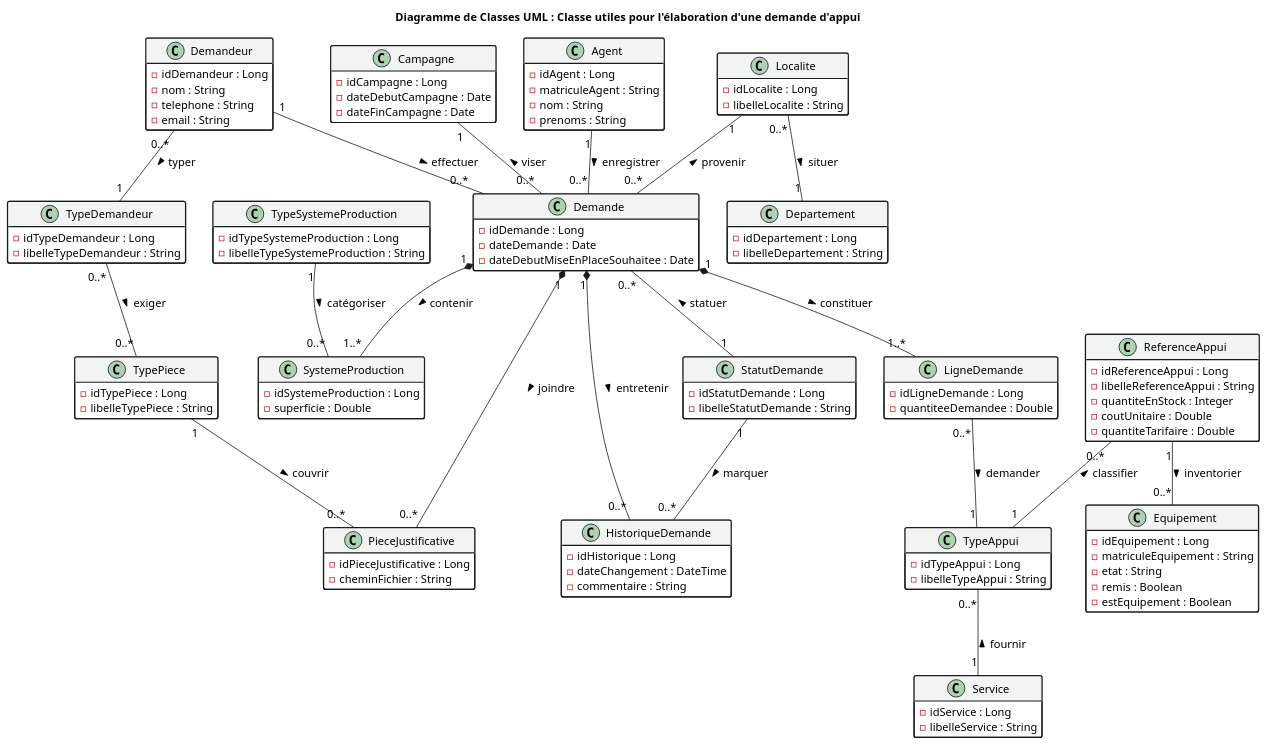
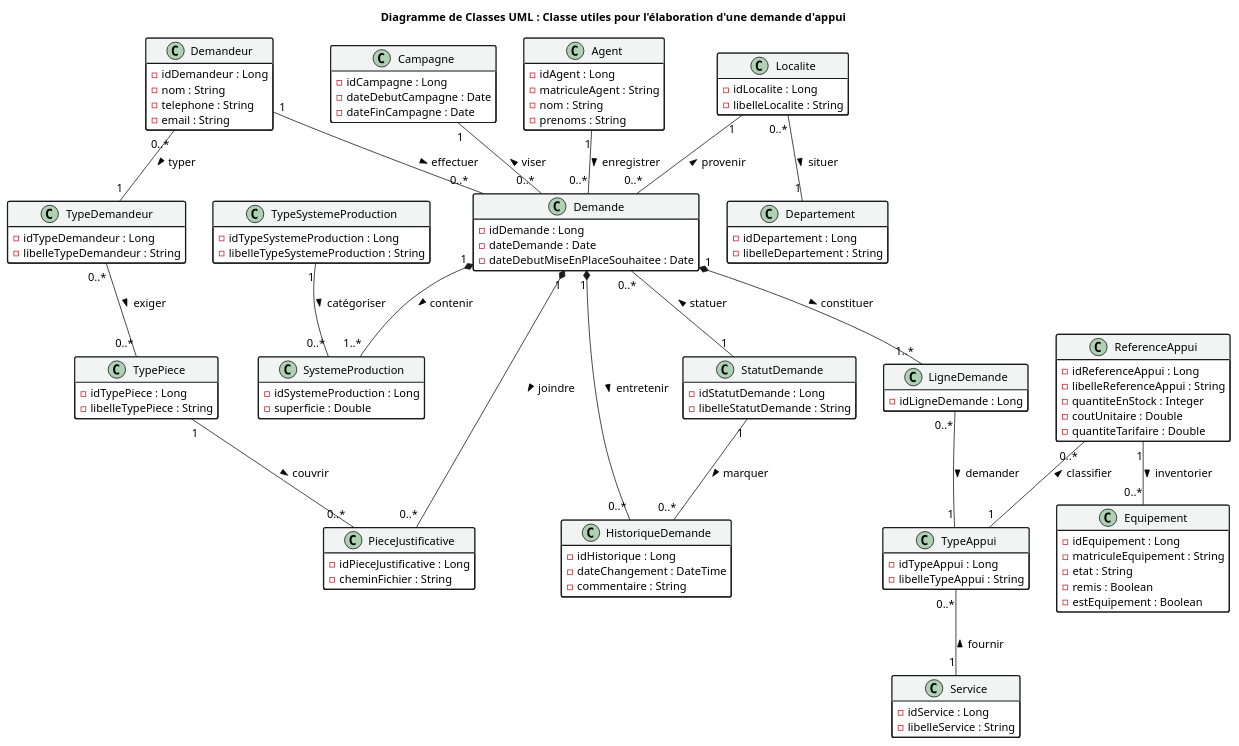
One commit to marasse-codec/ORYZAPP changed the diagram in docs/classes/M_classe_demande.puml. Above: the diagram before and after it, drawn with PlantUML. The commit also changed 43 other files, not shown here.

```diff
--- a/docs/classes/M_classe_demande.puml
+++ b/docs/classes/M_classe_demande.puml
@@ -1,166 +1,165 @@
 @startuml elab_demande_uml
 title Diagramme de Classes UML : Classe utiles pour l'élaboration d'une demande d'appui
 
 skinparam shadowing false
 skinparam defaultFontName "Segoe UI", sans-serif
 skinparam backgroundColor #FFFFFF
 
 skinparam class {
     BackgroundColor #FFFFFF
     HeaderBackgroundColor #F2F4F4
     BorderColor #1A1A1A
     FontColor #000000
     AttributeFontColor #000000
     MethodFontColor #000000
     FontSize 16
     AttributeFontSize 14
     MethodFontSize 14
     BorderThickness 1.5
 }
 
 skinparam arrow {
     Color #1A1A1A
     FontColor #000000
     FontSize 14
 }
 hide empty members
 
 ' ============================================================
 ' ENTITÉS
 ' ============================================================
 
 class TypeDemandeur {
   - idTypeDemandeur : Long
   - libelleTypeDemandeur : String
 }
 
 class TypePiece {
   - idTypePiece : Long
   - libelleTypePiece : String
 }
 
 class Demandeur {
   - idDemandeur : Long
   - nom : String
   - telephone : String
   - email : String
 }
 
 class Agent {
   - idAgent : Long
   - matriculeAgent : String
   - nom : String
   - prenoms : String
 }
 
 class Departement {
   - idDepartement : Long
   - libelleDepartement : String
 }
 
 class Localite {
   - idLocalite : Long
   - libelleLocalite : String
 }
 
 class Campagne {
   - idCampagne : Long
   - dateDebutCampagne : Date
   - dateFinCampagne : Date
 }
 
 class StatutDemande {
   - idStatutDemande : Long
   - libelleStatutDemande : String
 }
 
 class Demande {
   - idDemande : Long
   - dateDemande : Date
   - dateDebutMiseEnPlaceSouhaitee : Date
 }
 
 class HistoriqueDemande {
   - idHistorique : Long
   - dateChangement : DateTime
   - commentaire : String
 }
 
 Demande "1" *-- "0..*" HistoriqueDemande : entretenir >
 StatutDemande "1" -- "0..*" HistoriqueDemande : marquer >
 
 
 class PieceJustificative {
   - idPieceJustificative : Long
   - cheminFichier : String
 }
 
 class TypeSystemeProduction {
   - idTypeSystemeProduction : Long
   - libelleTypeSystemeProduction : String
 }
 
 class SystemeProduction {
   - idSystemeProduction : Long
   - superficie : Double
 }
 
 class LigneDemande {
   - idLigneDemande : Long
-  - quantiteeDemandee : Double
 }
 
 class Service {
   - idService : Long
   - libelleService : String
 }
 
 class TypeAppui {
   - idTypeAppui : Long
   - libelleTypeAppui : String
 }
 
 class ReferenceAppui {
   - idReferenceAppui : Long
   - libelleReferenceAppui : String
   - quantiteEnStock : Integer
   - coutUnitaire : Double
   - quantiteTarifaire : Double
 }
 
 class Equipement {
   - idEquipement : Long
   - matriculeEquipement : String
   - etat : String
   - remis : Boolean
   - estEquipement : Boolean
 
 }
 
 ReferenceAppui "1" -- "0..*" Equipement : inventorier >
 
 ' ============================================================
 ' ASSOCIATIONS
 ' ============================================================
 
 Demandeur "0..*" -- "1" TypeDemandeur : typer >
 TypeDemandeur "0..*" -- "0..*" TypePiece : exiger >
 
 Demandeur "1" -- "0..*" Demande : effectuer >
 Agent "1" -- "0..*" Demande : enregistrer >
 Demande "0..*" -- "1" StatutDemande : statuer <
 Campagne "1" -- "0..*" Demande : viser <
 Localite "1" -- "0..*" Demande : provenir <
 Localite "0..*" -- "1" Departement : situer >
 
 Demande "1" *-- "0..*" PieceJustificative : joindre >
 TypePiece "1" -- "0..*" PieceJustificative : couvrir >
 Demande "1" *-- "1..*" SystemeProduction : contenir >
 TypeSystemeProduction "1" -- "0..*" SystemeProduction : catégoriser >
 Demande "1" *-- "1..*" LigneDemande : constituer >
 
 LigneDemande "0..*" -- "1" TypeAppui : demander >
 TypeAppui "0..*" -- "1" Service : fournir <
 ReferenceAppui "0..*" -- "1" TypeAppui : classifier <
 
 @enduml
```
